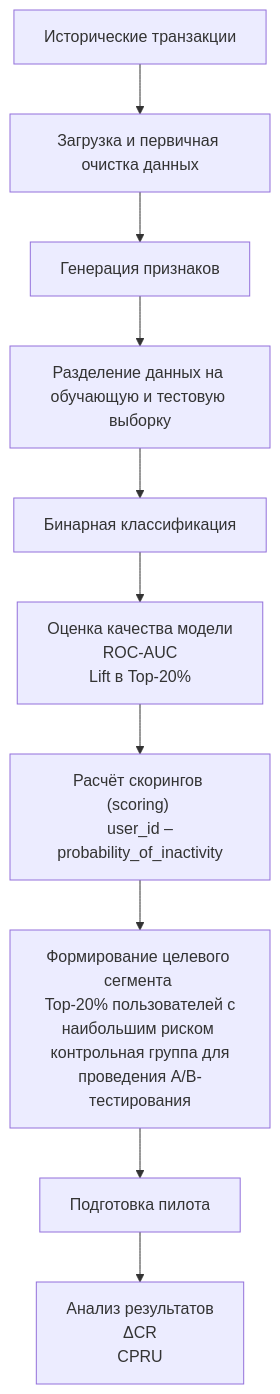
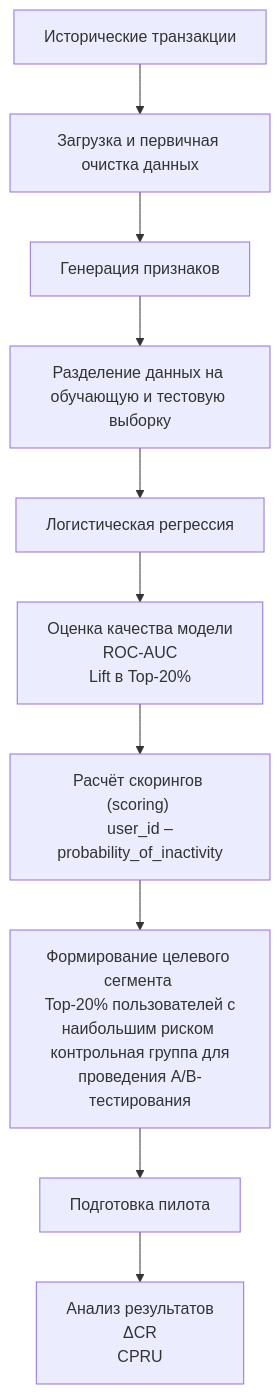
The diagram in ML_System_Design_Doc.md (ualumi/T25--4m_MLOps), drawn with Mermaid before and after one commit.

````diff
--- a/ML_System_Design_Doc.md
+++ b/ML_System_Design_Doc.md
@@ -229,20 +229,20 @@
 ```mermaid
 flowchart TB
 A["Исторические транзакции"] --> B["Загрузка и первичная очистка данных"]
 
 B --> C["Генерация признаков"]
 
 C --> D["Разделение данных на обучающую и тестовую выборку"]
 
-D --> E["Бинарная классификация"]
+D --> E["Логистическая регрессия"]
 
 E --> F["Оценка качества модели <br/> ROC-AUC <br/> Lift в Top-20%"]
 
 F --> G["Расчёт скорингов (scoring) <br/> user_id – probability_of_inactivity"]
 
 G --> H["Формирование целевого сегмента <br/> Top-20% пользователей с наибольшим риском <br/> контрольная группа для проведения A/B-тестирования"]
 
 H --> J["Подготовка пилота"]
 J --> K["Анализ результатов <br/> ΔCR <br/> CPRU"]
 
 ```
````
